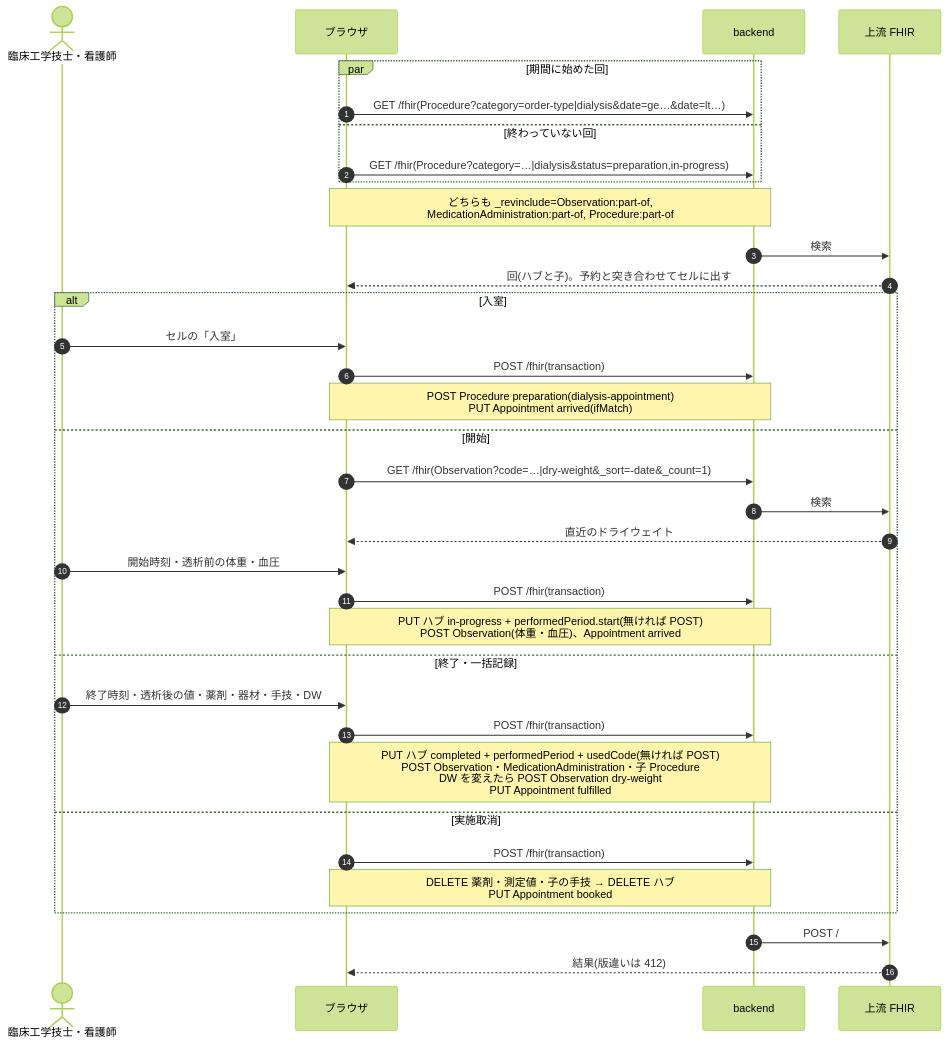
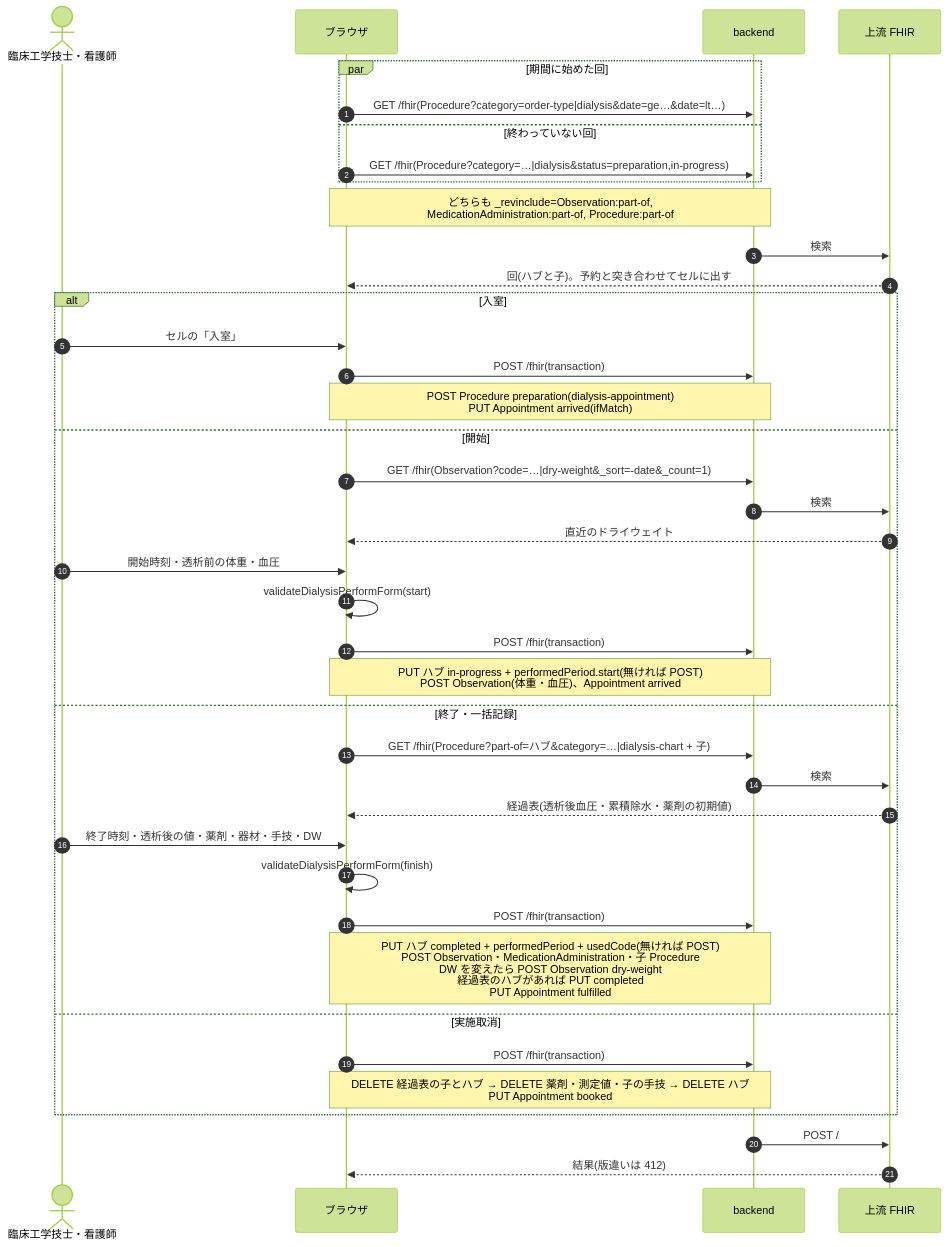
Before and after one commit to ysnr-dev/fhir-client: the ninth of 11 diagrams in docs/order-flows/dialysis.md, drawn with Mermaid (forest theme). The commit also changed other lines of this file and 1 other file, not shown here.

````diff
--- a/docs/order-flows/dialysis.md
+++ b/docs/order-flows/dialysis.md
@@ -202,38 +545,43 @@
 ```mermaid
 sequenceDiagram
   autonumber
   actor CE as 臨床工学技士・看護師
   participant UI as ブラウザ
   participant BE as backend
   participant FHIR as 上流 FHIR
 
   par 期間に始めた回
     UI->>BE: GET /fhir(Procedure?category=order-type|dialysis&date=ge…&date=lt…)
   and 終わっていない回
     UI->>BE: GET /fhir(Procedure?category=…|dialysis&status=preparation,in-progress)
   end
   Note over UI,BE: どちらも _revinclude=Observation:part-of,<br/>MedicationAdministration:part-of, Procedure:part-of
   BE->>FHIR: 検索
   FHIR-->>UI: 回(ハブと子)。予約と突き合わせてセルに出す
   alt 入室
     CE->>UI: セルの「入室」
     UI->>BE: POST /fhir(transaction)
     Note over UI,BE: POST Procedure preparation(dialysis-appointment)<br/>PUT Appointment arrived(ifMatch)
   else 開始
     UI->>BE: GET /fhir(Observation?code=…|dry-weight&_sort=-date&_count=1)
     BE->>FHIR: 検索
     FHIR-->>UI: 直近のドライウェイト
     CE->>UI: 開始時刻・透析前の体重・血圧
+    UI->>UI: validateDialysisPerformForm(start)
     UI->>BE: POST /fhir(transaction)
     Note over UI,BE: PUT ハブ in-progress + performedPeriod.start(無ければ POST)<br/>POST Observation(体重・血圧)、Appointment arrived
   else 終了・一括記録
+    UI->>BE: GET /fhir(Procedure?part-of=ハブ&category=…|dialysis-chart + 子)
+    BE->>FHIR: 検索
+    FHIR-->>UI: 経過表(透析後血圧・累積除水・薬剤の初期値)
     CE->>UI: 終了時刻・透析後の値・薬剤・器材・手技・DW
+    UI->>UI: validateDialysisPerformForm(finish)
     UI->>BE: POST /fhir(transaction)
-    Note over UI,BE: PUT ハブ completed + performedPeriod + usedCode(無ければ POST)<br/>POST Observation・MedicationAdministration・子 Procedure<br/>DW を変えたら POST Observation dry-weight<br/>PUT Appointment fulfilled
+    Note over UI,BE: PUT ハブ completed + performedPeriod + usedCode(無ければ POST)<br/>POST Observation・MedicationAdministration・子 Procedure<br/>DW を変えたら POST Observation dry-weight<br/>経過表のハブがあれば PUT completed<br/>PUT Appointment fulfilled
   else 実施取消
     UI->>BE: POST /fhir(transaction)
-    Note over UI,BE: DELETE 薬剤・測定値・子の手技 → DELETE ハブ<br/>PUT Appointment booked
+    Note over UI,BE: DELETE 経過表の子とハブ → DELETE 薬剤・測定値・子の手技 → DELETE ハブ<br/>PUT Appointment booked
   end
   BE->>FHIR: POST /
   FHIR-->>UI: 結果(版違いは 412)
 ```
````
